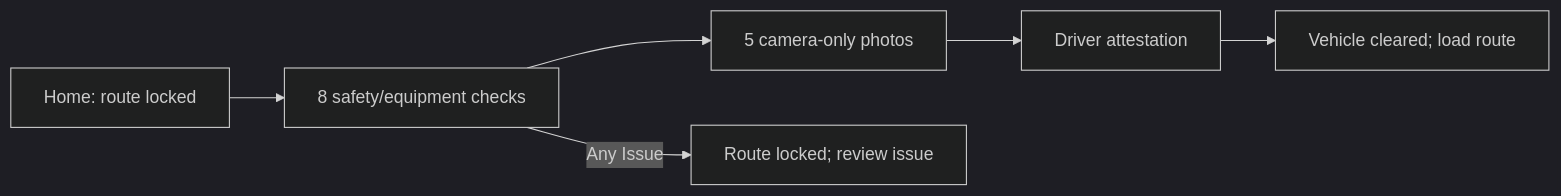
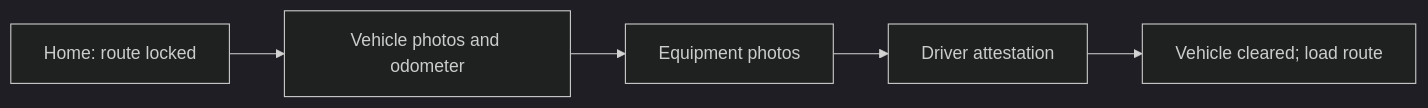
One commit to yarsuleimenov-code/Mobile_app changed the first of 4 diagrams in docs/mobile-app/business-overview.md. Above: the diagram before and after it, drawn with Mermaid (dark theme). The commit also changed other lines of this file and 55 other files, not shown here.

````diff
--- a/docs/mobile-app/business-overview.md
+++ b/docs/mobile-app/business-overview.md
@@ -40,8 +40,7 @@
 ```mermaid
 flowchart LR
-  A["Home: route locked"] --> B["8 safety/equipment checks"]
-  B --> C["5 camera-only photos"]
+  A["Home: route locked"] --> B["Vehicle photos and odometer"]
+  B --> C["Equipment photos"]
   C --> D["Driver attestation"]
   D --> E["Vehicle cleared; load route"]
-  B -->|Any Issue| F["Route locked; review issue"]
 ```
````
